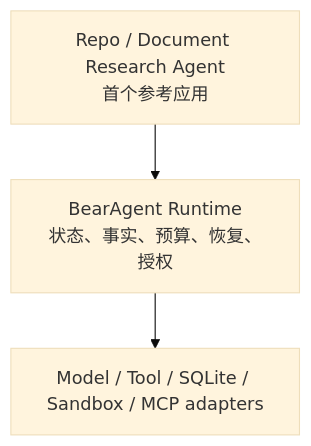
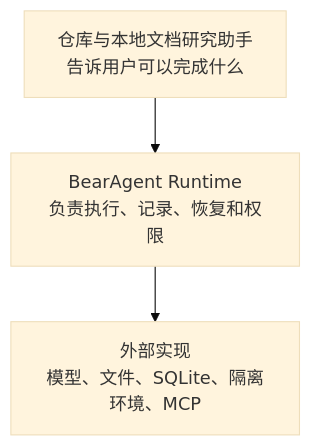
The diagram in docs/project/product-positioning.md (CherryYang05/BearAgent), drawn with Mermaid (base theme) before and after one commit. The commit also changed other lines of this file and 17 other files, not shown here.

Commit message:
Refine BearAgent positioning and roadmap

````diff
--- a/docs/project/product-positioning.md
+++ b/docs/project/product-positioning.md
@@ -47,5 +44,5 @@
 ```mermaid
 flowchart TB
-    A["Repo / Document Research Agent<br/>首个参考应用"] --> R["BearAgent Runtime<br/>状态、事实、预算、恢复、授权"]
-    R --> I["Model / Tool / SQLite / Sandbox / MCP adapters"]
+    A["仓库与本地文档研究助手<br/>告诉用户可以完成什么"] --> R["BearAgent Runtime<br/>负责执行、记录、恢复和权限"]
+    R --> I["外部实现<br/>模型、文件、SQLite、隔离环境、MCP"]
 ```
````
